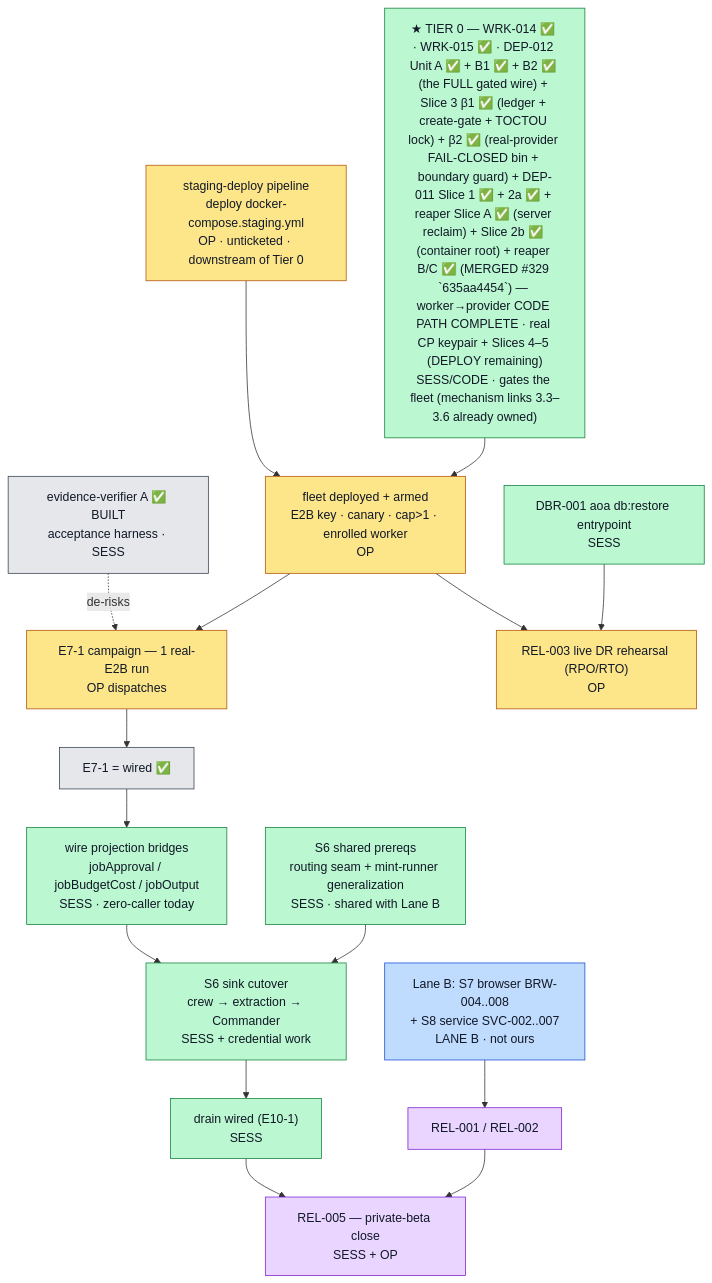
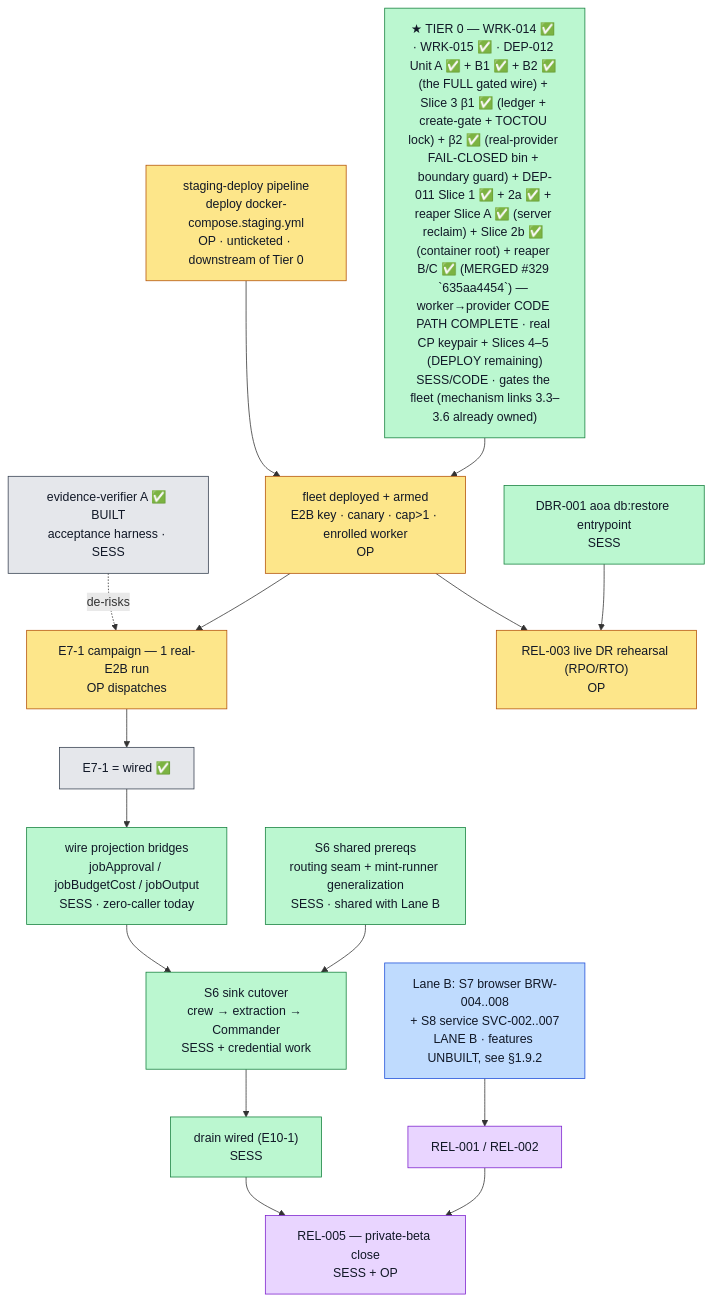
The diagram in docs/replatform/GO-BOOK.md (MeteoriteLabs/AoA), drawn with Mermaid before and after one commit. The commit also changed other lines of this file, not shown here.

````diff
--- a/docs/replatform/GO-BOOK.md
+++ b/docs/replatform/GO-BOOK.md
@@ -271,34 +277,34 @@
 ```mermaid
 flowchart TD
   V["evidence-verifier A ✅ BUILT<br/>acceptance harness · SESS"]:::done
   C0["staging-deploy pipeline<br/>deploy docker-compose.staging.yml<br/>OP · unticketed · downstream of Tier 0"]:::op
   D11["★ TIER 0 — WRK-014 ✅ · WRK-015 ✅ · DEP-012 Unit A ✅ + B1 ✅ + B2 ✅ (the FULL gated wire) + Slice 3 β1 ✅ (ledger + create-gate + TOCTOU lock) + β2 ✅ (real-provider FAIL-CLOSED bin + boundary guard) + DEP-011 Slice 1 ✅ + 2a ✅ + reaper Slice A ✅ (server reclaim) + Slice 2b ✅ (container root) + reaper B/C ✅ (MERGED #329 `635aa4454`) — worker→provider CODE PATH COMPLETE · real CP keypair + Slices 4–5 (DEPLOY remaining)<br/>SESS/CODE · gates the fleet (mechanism links 3.3–3.6 already owned)"]:::sess
   C2["fleet deployed + armed<br/>E2B key · canary · cap&gt;1 · enrolled worker<br/>OP"]:::op
   C3["E7-1 campaign — 1 real-E2B run<br/>OP dispatches"]:::op
   CW["E7-1 = wired ✅"]:::done
   BR["wire projection bridges<br/>jobApproval / jobBudgetCost / jobOutput<br/>SESS · zero-caller today"]:::sess
   RT["S6 shared prereqs<br/>routing seam + mint-runner generalization<br/>SESS · shared with Lane B"]:::sess
   SK["S6 sink cutover<br/>crew → extraction → Commander<br/>SESS + credential work"]:::sess
   DR["drain wired (E10-1)<br/>SESS"]:::sess
   R5["REL-005 — private-beta close<br/>SESS + OP"]:::mix
-  LB["Lane B: S7 browser BRW-004..008<br/>+ S8 service SVC-002..007<br/>LANE B · not ours"]:::laneb
+  LB["Lane B: S7 browser BRW-004..008<br/>+ S8 service SVC-002..007<br/>LANE B · features UNBUILT, see §1.9.2"]:::laneb
   R1["REL-001 / REL-002"]:::mix
   DBR["DBR-001 aoa db:restore entrypoint<br/>SESS"]:::sess
   R3["REL-003 live DR rehearsal (RPO/RTO)<br/>OP"]:::op
 
   V -.->|de-risks| C3
   C0 --> C2
   D11 --> C2
   C2 --> C3 --> CW --> BR --> SK
   RT --> SK
   SK --> DR --> R5
   LB --> R1 --> R5
   DBR --> R3
   C2 --> R3
 
   classDef op fill:#fde68a,stroke:#b45309,color:#111827;
   classDef sess fill:#bbf7d0,stroke:#15803d,color:#111827;
   classDef laneb fill:#bfdbfe,stroke:#1d4ed8,color:#111827;
   classDef done fill:#e5e7eb,stroke:#374151,color:#111827;
   classDef mix fill:#e9d5ff,stroke:#7e22ce,color:#111827;
 ```
````
